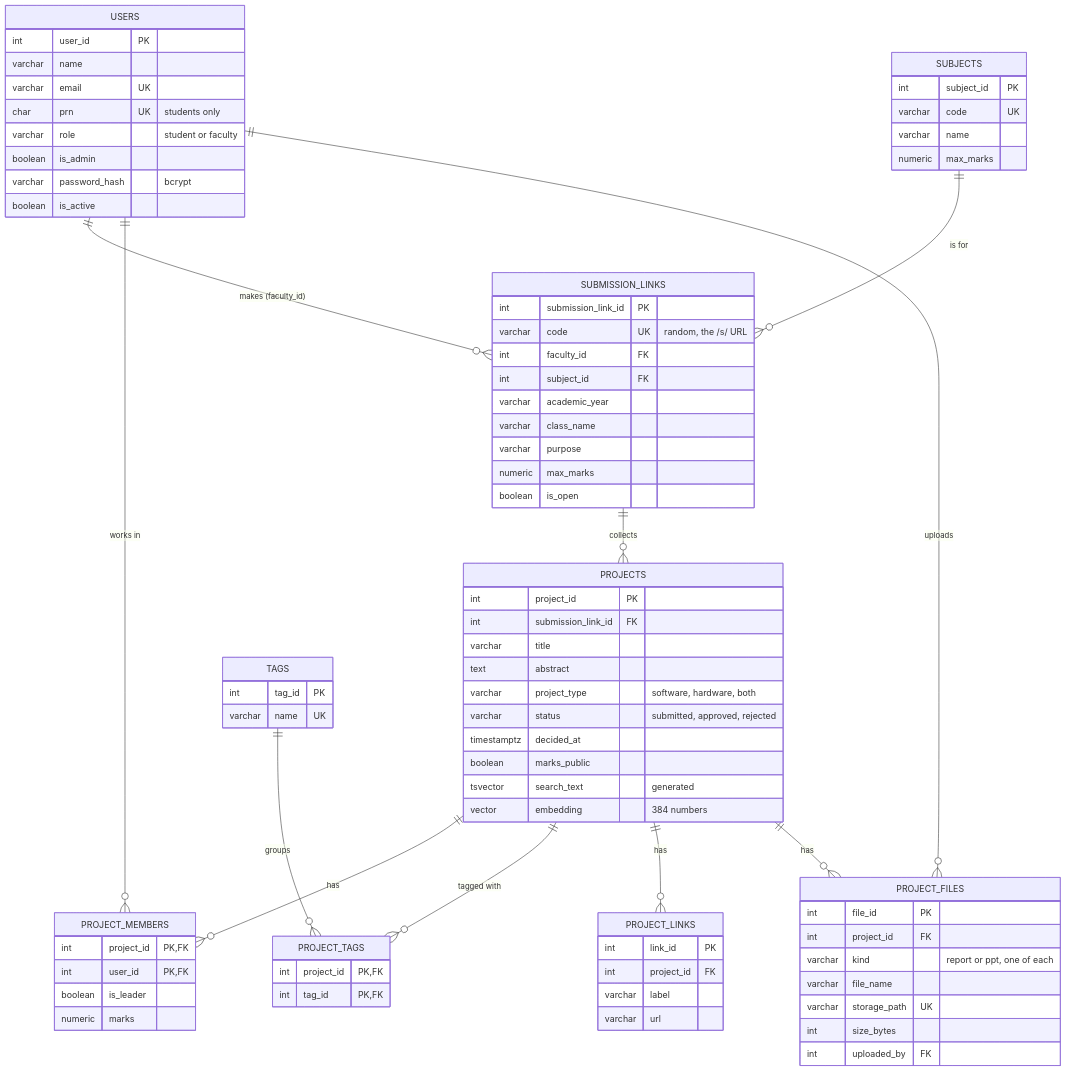
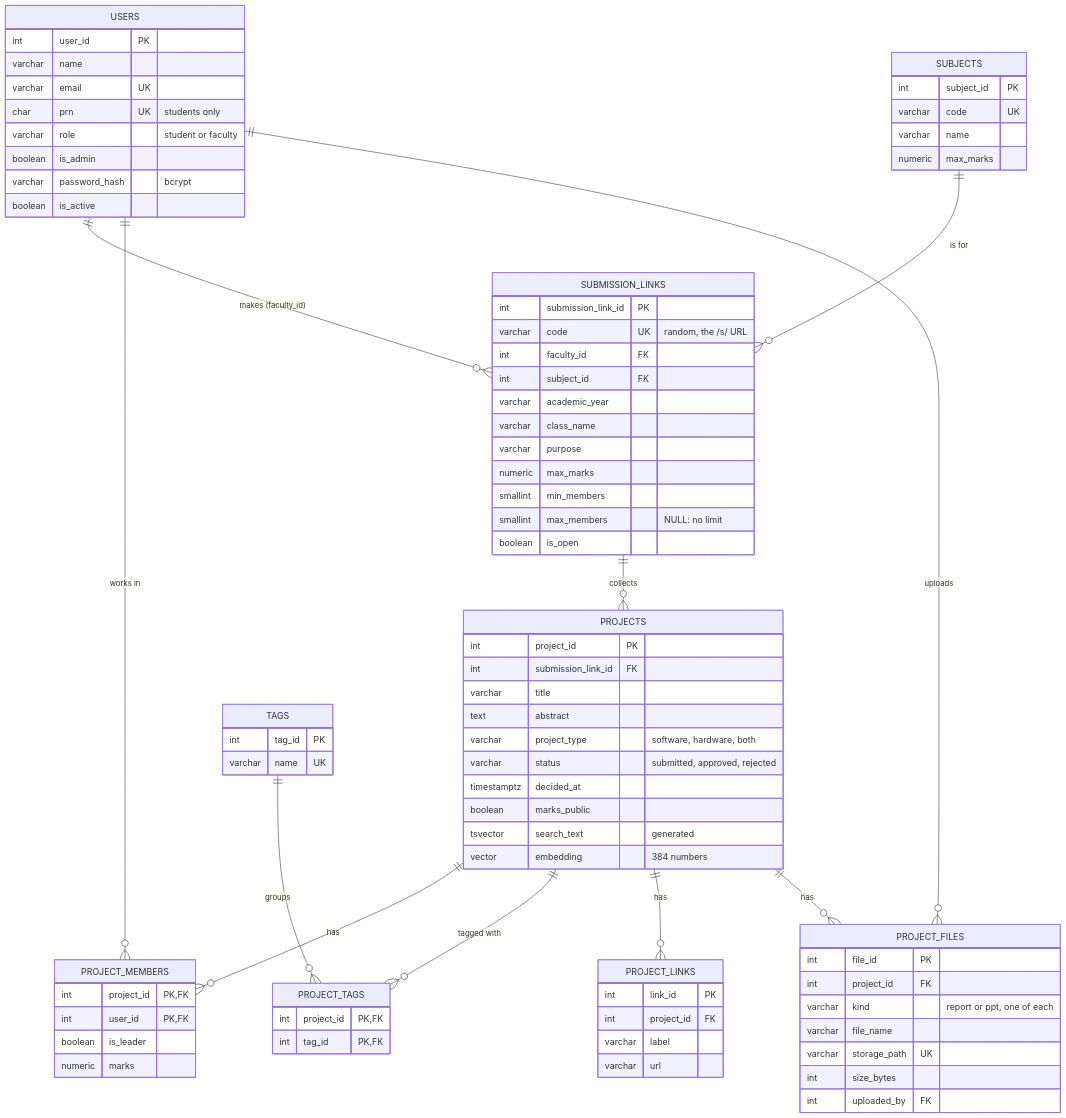
Before and after one commit to rohanbeingsocial/PBL-Tracker: the diagram in README.md, drawn with Mermaid. The commit also changed other lines of this file and 21 other files, not shown here.

```diff
--- a/README.md
+++ b/README.md
@@ -118,6 +118,8 @@
         varchar class_name
         varchar purpose
         numeric max_marks
+        smallint min_members
+        smallint max_members "NULL: no limit"
         boolean is_open
     }
     PROJECTS {
```
